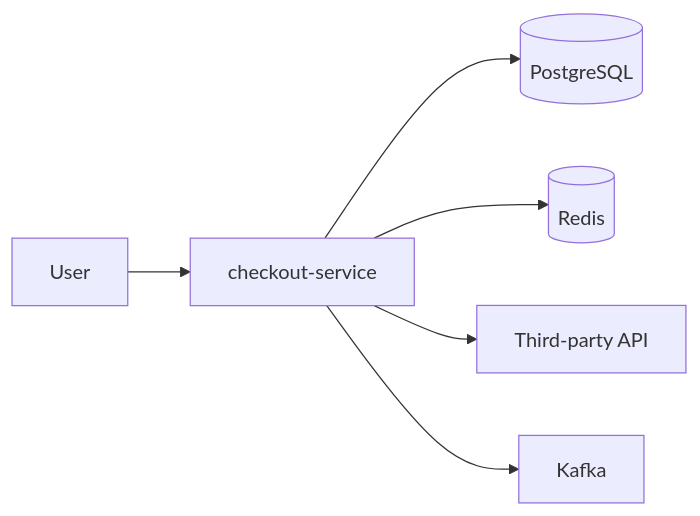
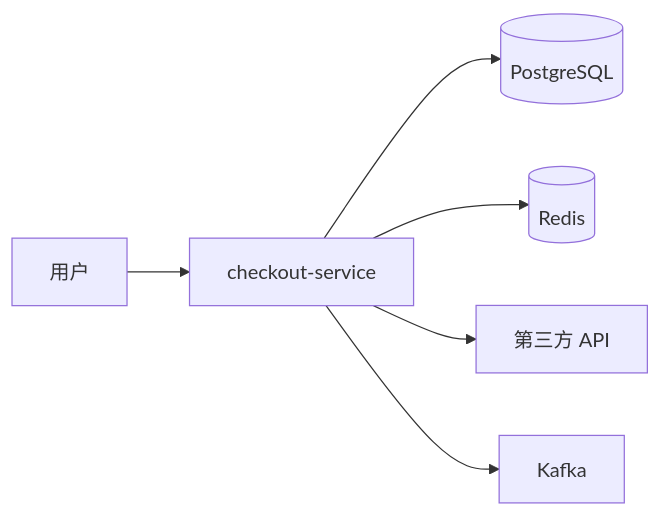
The first of 13 diagrams in docs/datadog/inferred-services.md (XiaoWeiKIN/Observability-Lab), drawn with Mermaid before and after one commit. The commit also changed other lines of this file, not shown here.

````diff
--- a/docs/datadog/inferred-services.md
+++ b/docs/datadog/inferred-services.md
@@ -39,8 +39,8 @@
-```mermaid
+~~~mermaid
 flowchart LR
-    U[User] --> C[checkout-service]
+    U[用户] --> C[checkout-service]
     C --> P[(PostgreSQL)]
     C --> R[(Redis)]
-    C --> S[Third-party API]
+    C --> S[第三方 API]
     C --> K[Kafka]
-```
+~~~
````
